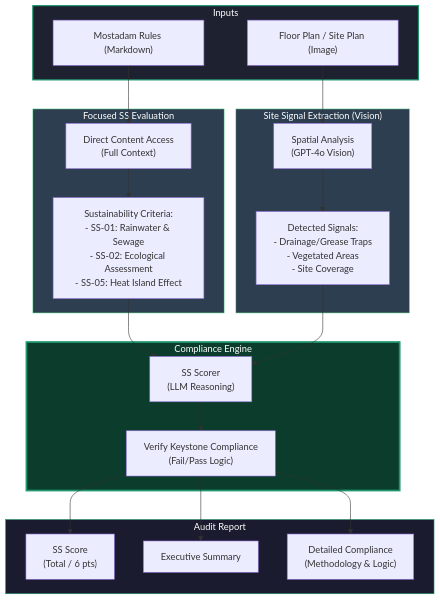
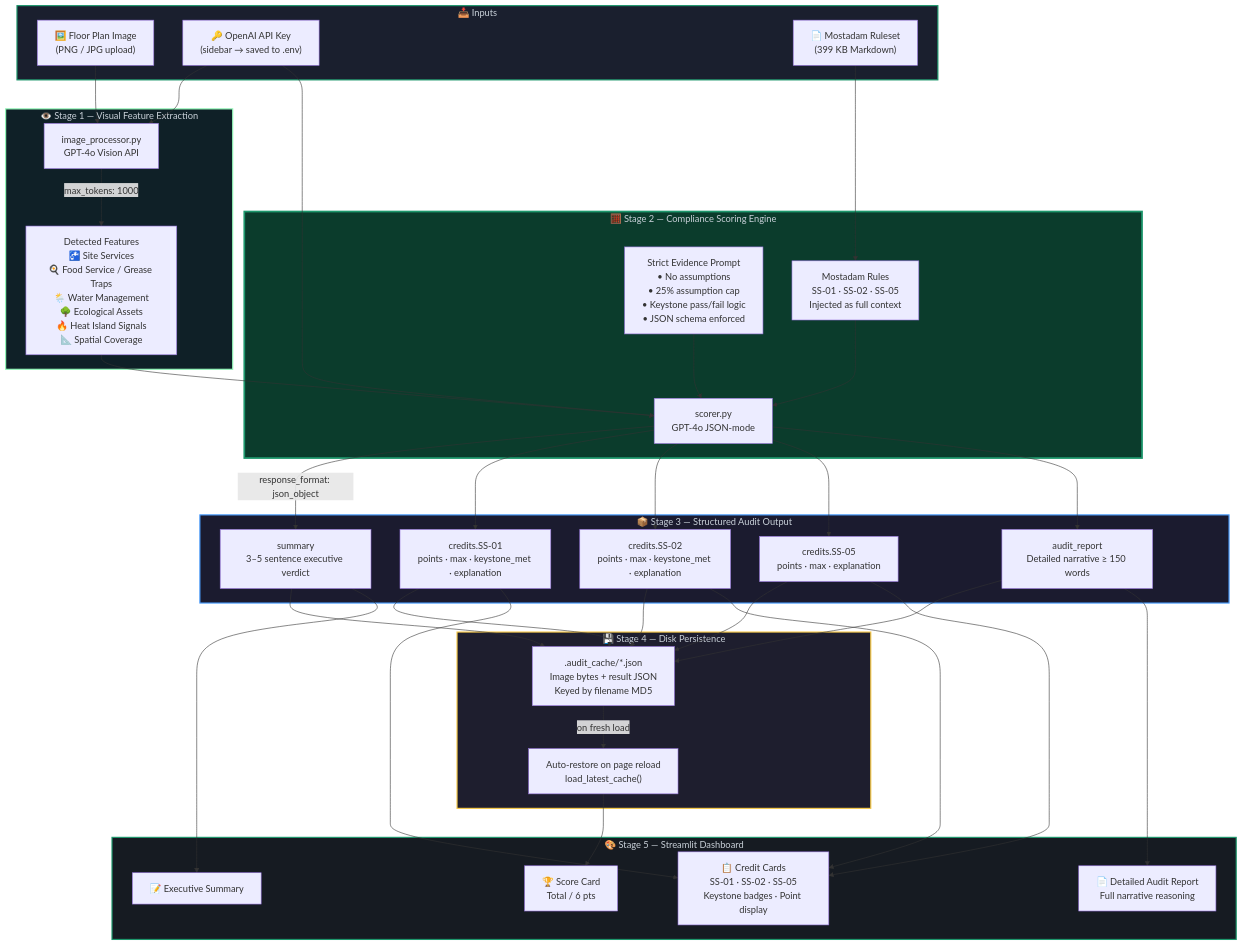
The diagram in architecture_overview.md (muneebsaddal/AI-Architecture-Plan-Auditor), drawn with Mermaid before and after one commit. The commit also changed other lines of this file and 7 other files, not shown here.

First line of the commit message:
fix: page title, memory persistence, summary/report content, API key reliability

````diff
--- a/architecture_overview.md
+++ b/architecture_overview.md
@@ -5,41 +9,78 @@
 ```mermaid
-graph TD
-    %% Inputs
-    subgraph Inputs ["Inputs"]
-        MD["Mostadam Rules (Markdown)"]
-        IMG["Floor Plan / Site Plan (Image)"]
+flowchart TD
+    %% ── Inputs ──────────────────────────────────────────────
+    subgraph IN["📥 Inputs"]
+        IMG["🖼️ Floor Plan Image\n(PNG / JPG upload)"]
+        KEY["🔑 OpenAI API Key\n(sidebar → saved to .env)"]
+        MD["📄 Mostadam Ruleset\n(399 KB Markdown)"]
     end
 
-    %% Rule Processing
-    subgraph Rule_Processing ["Focused SS Evaluation"]
-        MD --> P1["Direct Content Access<br/>(Full Context)"]
-        P1 --> P2["Sustainability Criteria:<br/>- SS-01: Rainwater & Sewage<br/>- SS-02: Ecological Assessment<br/>- SS-05: Heat Island Effect"]
+    %% ── Stage 1: Vision ──────────────────────────────────────
+    subgraph VISION["👁️ Stage 1 — Visual Feature Extraction"]
+        VP["image_processor.py\nGPT-4o Vision API"]
+        VF["Detected Features\n🚰 Site Services\n🍳 Food Service / Grease Traps\n🌦️ Water Management\n🌳 Ecological Assets\n🔥 Heat Island Signals\n📐 Spatial Coverage"]
+        IMG --> VP
+        KEY --> VP
+        VP -->|"max_tokens: 1000"| VF
     end
 
-    %% Image Processing
-    subgraph Signal_Extraction ["Site Signal Extraction (Vision)"]
-        IMG --> V1["Spatial Analysis<br/>(GPT-4o Vision)"]
-        V1 --> V2["Detected Signals:<br/>- Drainage/Grease Traps<br/>- Vegetated Areas<br/>- Site Coverage"]
+    %% ── Stage 2: Rules + Scoring ─────────────────────────────
+    subgraph SCORE["🧮 Stage 2 — Compliance Scoring Engine"]
+        SC["scorer.py\nGPT-4o JSON-mode"]
+        RULES["Mostadam Rules\nSS-01 · SS-02 · SS-05\nInjected as full context"]
+        PROMPT["Strict Evidence Prompt\n• No assumptions\n• 25% assumption cap\n• Keystone pass/fail logic\n• JSON schema enforced"]
+        MD --> RULES
+        RULES --> SC
+        VF --> SC
+        KEY --> SC
+        PROMPT --> SC
     end
 
-    %% Logic Core
-    subgraph Logic ["Compliance Engine"]
-        P2 --> SC["SS Scorer<br/>(LLM Reasoning)"]
-        V2 --> SC
-        SC --> RL["Verify Keystone Compliance<br/>(Fail/Pass Logic)"]
+    %% ── Stage 3: JSON Output ─────────────────────────────────
+    subgraph JSON["📦 Stage 3 — Structured Audit Output"]
+        J1["summary\n3–5 sentence executive verdict"]
+        J2["credits.SS-01\npoints · max · keystone_met · explanation"]
+        J3["credits.SS-02\npoints · max · keystone_met · explanation"]
+        J4["credits.SS-05\npoints · max · explanation"]
+        J5["audit_report\nDetailed narrative ≥ 150 words"]
+        SC -->|"response_format: json_object"| J1
+        SC --> J2
+        SC --> J3
+        SC --> J4
+        SC --> J5
     end
 
-    %% Outputs
-    subgraph Outputs ["Audit Report"]
-        RL --> SCR["SS Score<br/>(Total / 6 pts)"]
-        RL --> SUM["Executive Summary"]
-        RL --> RT["Detailed Compliance<br/>(Methodology & Logic)"]
+    %% ── Stage 4: Persistence ─────────────────────────────────
+    subgraph CACHE["💾 Stage 4 — Disk Persistence"]
+        DISK[".audit_cache/*.json\nImage bytes + result JSON\nKeyed by filename MD5"]
+        RESTORE["Auto-restore on page reload\nload_latest_cache()"]
+        J1 --> DISK
+        J2 --> DISK
+        J3 --> DISK
+        J4 --> DISK
+        J5 --> DISK
+        DISK -->|"on fresh load"| RESTORE
     end
 
-    %% Styling
-    style Inputs fill:#1e2130,stroke:#1d976c,stroke-width:2px,color:#fff
-    style Rule_Processing fill:#2c3e50,stroke:#93f9b9,color:#fff
-    style Signal_Extraction fill:#2c3e50,stroke:#93f9b9,color:#fff
-    style Logic fill:#0b3c2c,stroke:#1d976c,stroke-width:3px,color:#fff
-    style Outputs fill:#1b1b2f,stroke:#1d976c,color:#fff
+    %% ── Stage 5: Dashboard ───────────────────────────────────
+    subgraph UI["🎨 Stage 5 — Streamlit Dashboard"]
+        SCORE_CARD["🏆 Score Card\nTotal / 6 pts"]
+        SUMMARY["📝 Executive Summary"]
+        CARDS["📋 Credit Cards\nSS-01 · SS-02 · SS-05\nKeystone badges · Point display"]
+        REPORT["📄 Detailed Audit Report\nFull narrative reasoning"]
+        RESTORE --> SCORE_CARD
+        J1 --> SUMMARY
+        J2 --> CARDS
+        J3 --> CARDS
+        J4 --> CARDS
+        J5 --> REPORT
+    end
+
+    %% ── Styling ──────────────────────────────────────────────
+    style IN fill:#1a1f2e,stroke:#1d976c,stroke-width:2px,color:#c9d1d9
+    style VISION fill:#0f2027,stroke:#93f9b9,stroke-width:2px,color:#c9d1d9
+    style SCORE fill:#0b3c2c,stroke:#1d976c,stroke-width:3px,color:#c9d1d9
+    style JSON fill:#1b1b2f,stroke:#4a9eff,stroke-width:2px,color:#c9d1d9
+    style CACHE fill:#1e1e2e,stroke:#f7c948,stroke-width:2px,color:#c9d1d9
+    style UI fill:#161b22,stroke:#1d976c,stroke-width:2px,color:#c9d1d9
 ```
````
